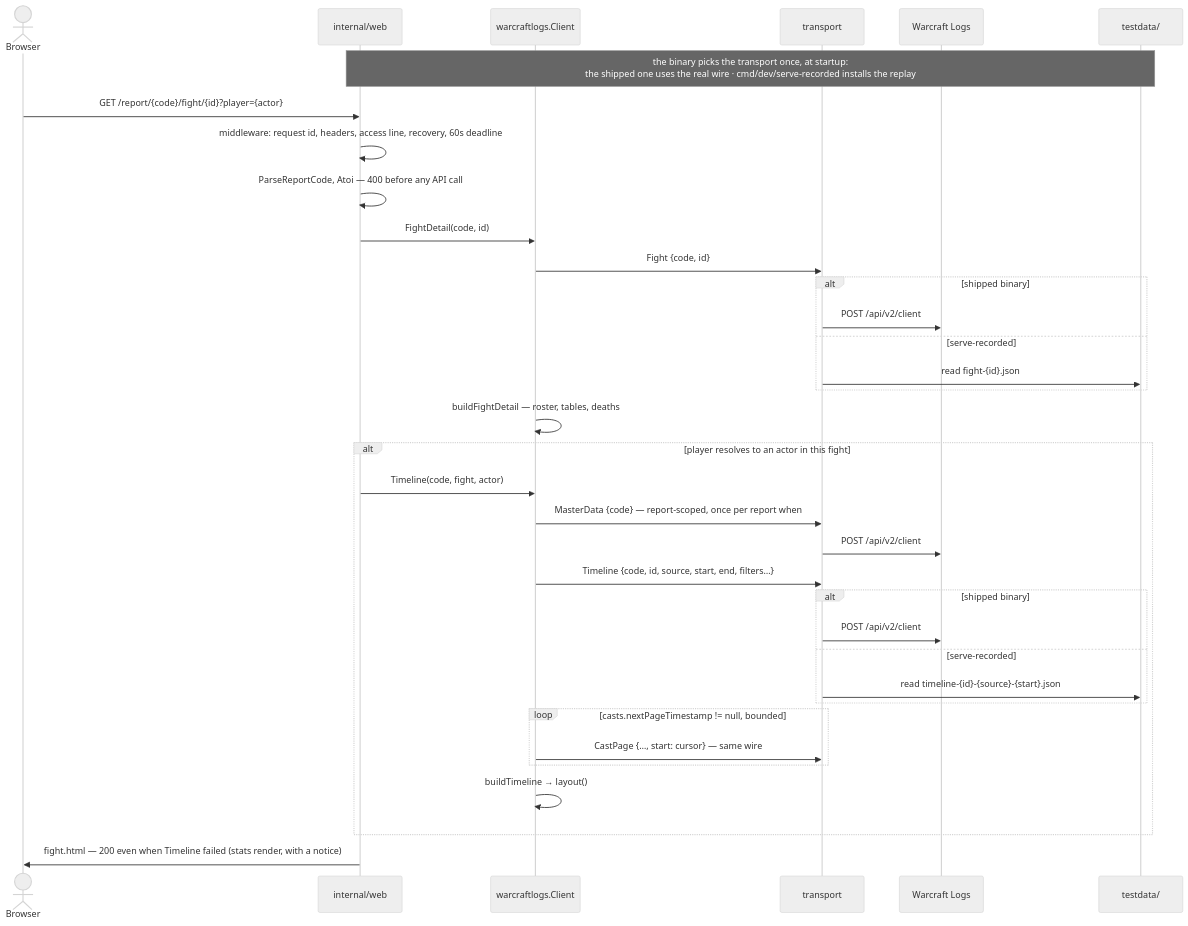
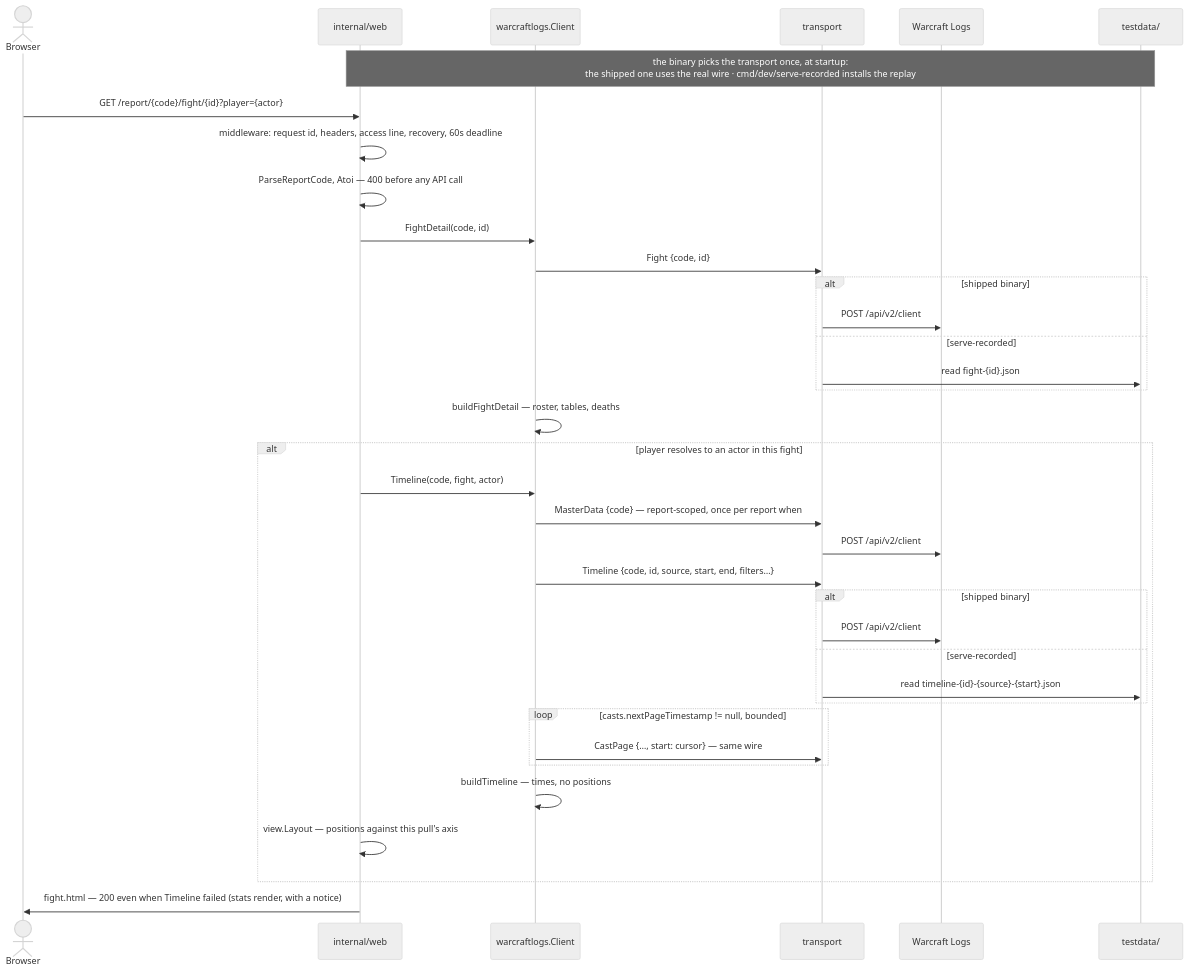
Before and after one commit to Gabriel2048/wow-insights: the third of 3 diagrams in ARCHITECTURE.md, drawn with Mermaid (neutral theme). The commit also changed other lines of this file and 33 other files, not shown here.

````diff
--- a/ARCHITECTURE.md
+++ b/ARCHITECTURE.md
@@ -123,39 +134,40 @@
 ```mermaid
 sequenceDiagram
     actor B as Browser
     participant S as internal/web
     participant C as warcraftlogs.Client
     participant T as transport
     participant W as Warcraft Logs
     participant F as testdata/
 
     Note over S,F: the binary picks the transport once, at startup:<br/>the shipped one uses the real wire · cmd/dev/serve-recorded installs the replay
 
     B->>S: GET /report/{code}/fight/{id}?player={actor}
     S->>S: middleware: request id, headers, access line, recovery, 60s deadline
     S->>S: ParseReportCode, Atoi — 400 before any API call
     S->>C: FightDetail(code, id)
     C->>T: Fight {code, id}
     alt shipped binary
         T->>W: POST /api/v2/client
     else serve-recorded
         T->>F: read fight-{id}.json
     end
     C->>C: buildFightDetail — roster, tables, deaths
     alt player resolves to an actor in this fight
         S->>C: Timeline(code, fight, actor)
         C->>T: MasterData {code} — report-scoped, once per report when #2 caches
         T->>W: POST /api/v2/client
         C->>T: Timeline {code, id, source, start, end, filters…}
         alt shipped binary
             T->>W: POST /api/v2/client
         else serve-recorded
             T->>F: read timeline-{id}-{source}-{start}.json
         end
         loop casts.nextPageTimestamp != null, bounded
             C->>T: CastPage {…, start: cursor} — same wire
         end
-        C->>C: buildTimeline → layout()
+        C->>C: buildTimeline — times, no positions
+        S->>S: view.Layout — positions against this pull's axis
     end
     S->>B: fight.html — 200 even when Timeline failed (stats render, with a notice)
 ```
````
